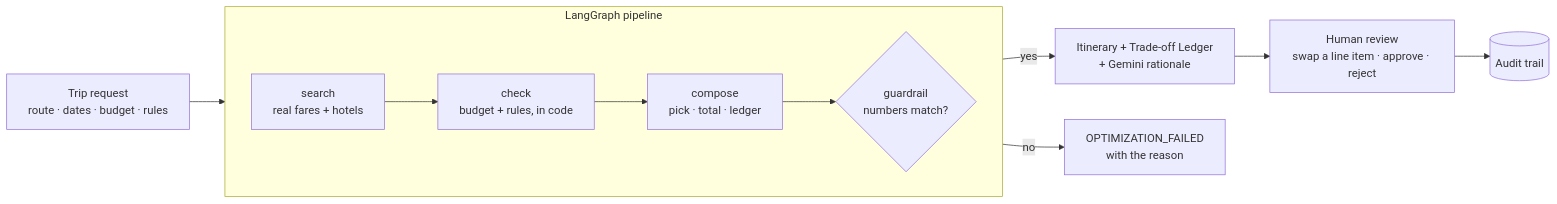
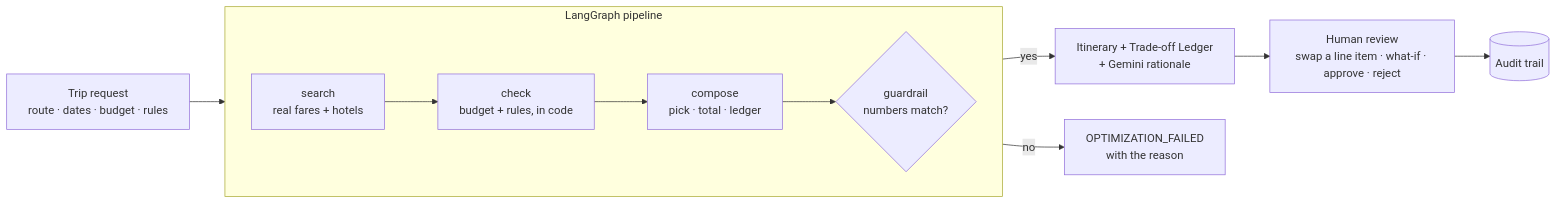
The first of 2 diagrams in README.md (bhuvan-somisetty/AI-Trip-Optimizer), drawn with Mermaid before and after one commit. The commit also changed other lines of this file and 15 other files, not shown here.

````diff
--- a/README.md
+++ b/README.md
@@ -59,14 +60,14 @@
 ```mermaid
 flowchart LR
     R[Trip request<br/>route · dates · budget · rules] --> S
     subgraph P["LangGraph pipeline"]
         direction LR
         S[search<br/>real fares + hotels] --> C[check<br/>budget + rules, in code]
         C --> K[compose<br/>pick · total · ledger]
         K --> G{guardrail<br/>numbers match?}
     end
     G -- yes --> I[Itinerary + Trade-off Ledger<br/>+ Gemini rationale]
     G -- no --> F[OPTIMIZATION_FAILED<br/>with the reason]
-    I --> H[Human review<br/>swap a line item · approve · reject]
+    I --> H[Human review<br/>swap a line item · what-if · approve · reject]
     H --> A[(Audit trail)]
 ```
````
